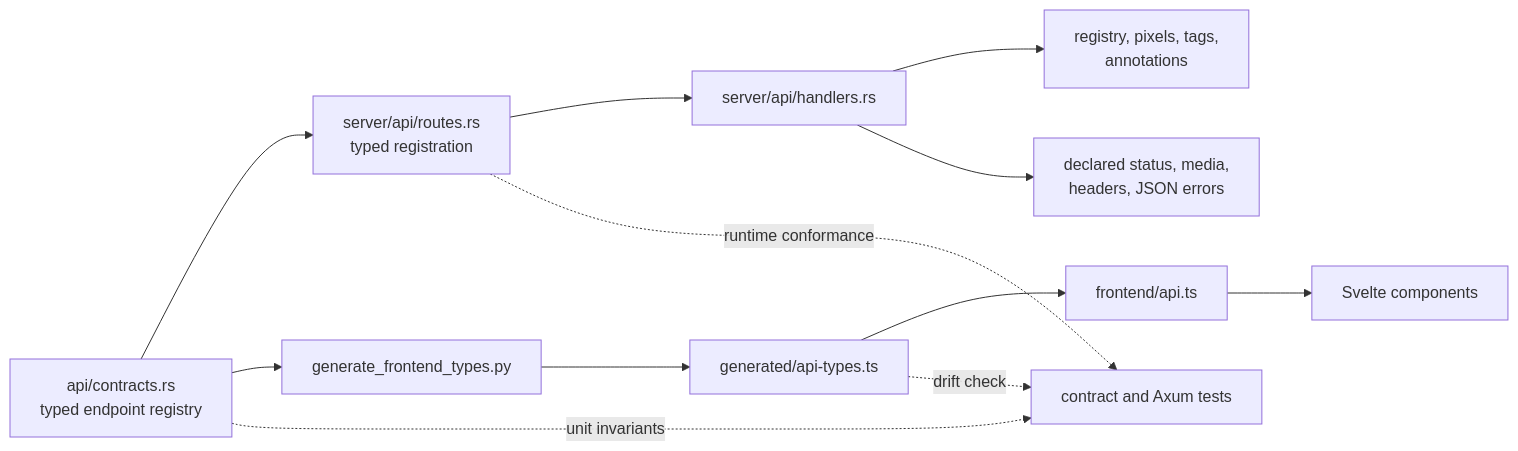
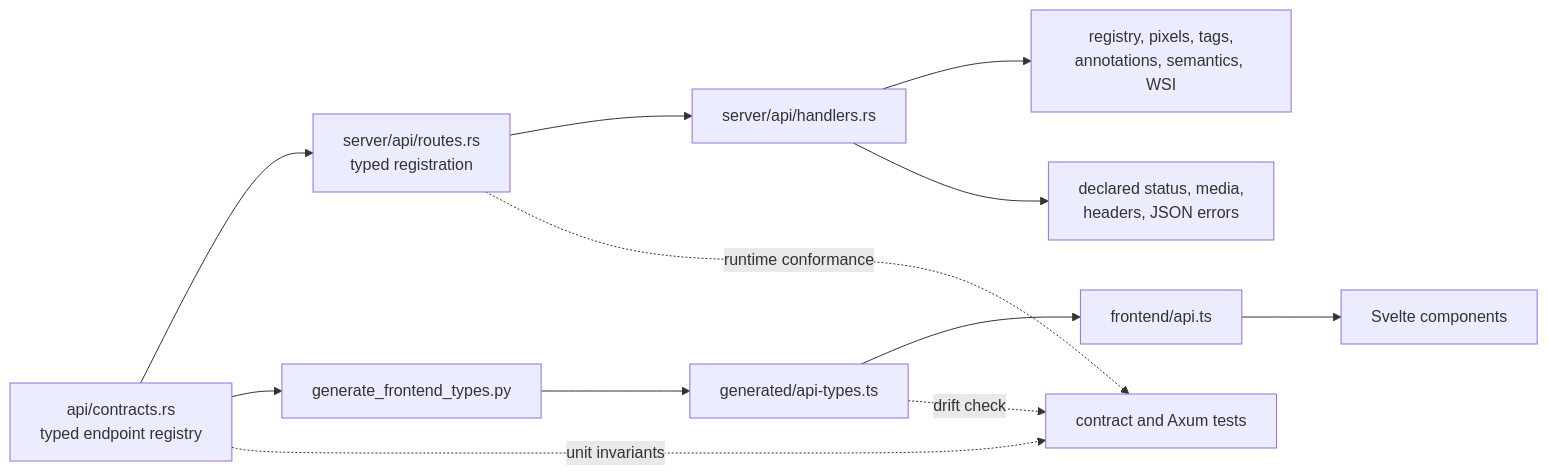
Before and after one commit to beatrice-b-m/dcm-view: the second of 4 diagrams in docs/architecture.md, drawn with Mermaid. The commit also changed other lines of this file, not shown here.

First line of the commit message:
docs(architecture): describe compatibility semantics

````diff
--- a/docs/architecture.md
+++ b/docs/architecture.md
@@ -117,14 +119,14 @@
 ```mermaid
 flowchart LR
     contract["api/contracts.rs<br/>typed endpoint registry"] --> routes["server/api/routes.rs<br/>typed registration"]
     routes --> handlers["server/api/handlers.rs"]
-    handlers --> services["registry, pixels, tags,<br/>annotations"]
+    handlers --> services["registry, pixels, tags,<br/>annotations, semantics, WSI"]
     handlers --> responses["declared status, media,<br/>headers, JSON errors"]
     contract --> generator["generate_frontend_types.py"]
     generator --> generated["generated/api-types.ts"]
     generated --> client["frontend/api.ts"]
     client --> components["Svelte components"]
     contract -. "unit invariants" .-> tests["contract and Axum tests"]
     routes -. "runtime conformance" .-> tests
     generated -. "drift check" .-> tests
 ```
````
